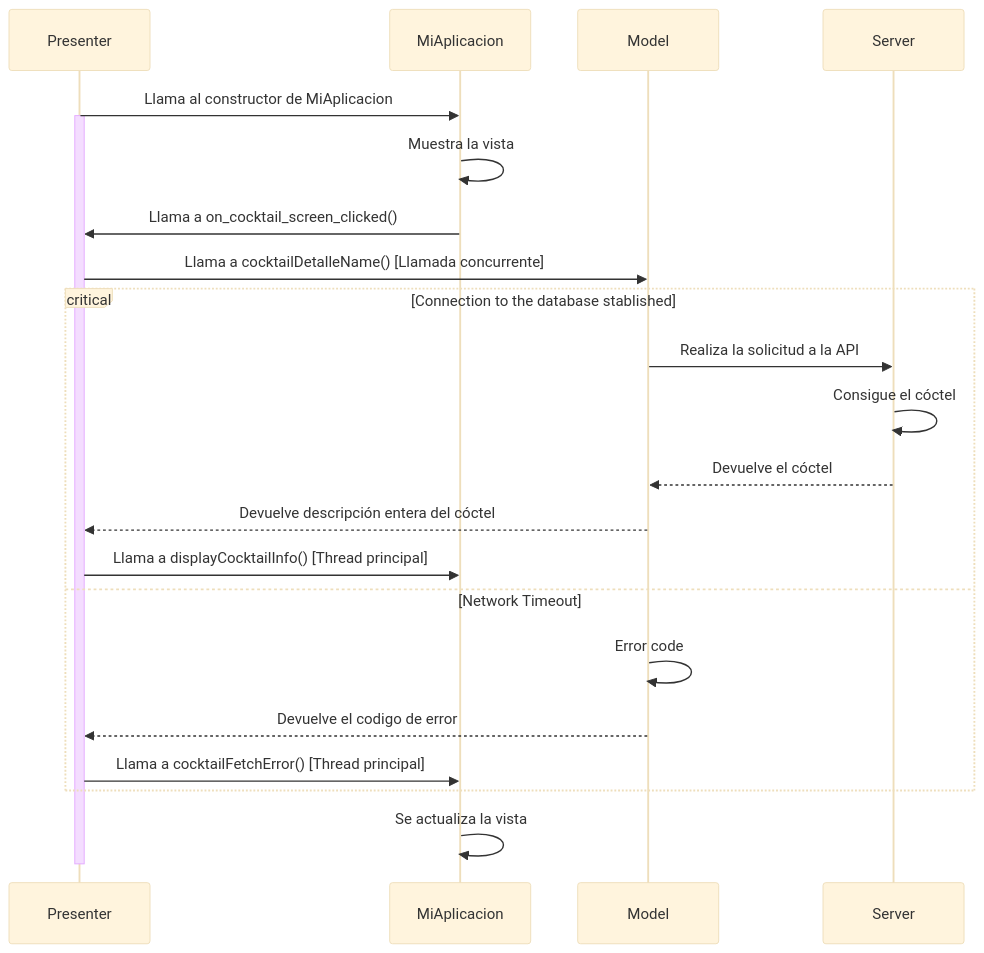
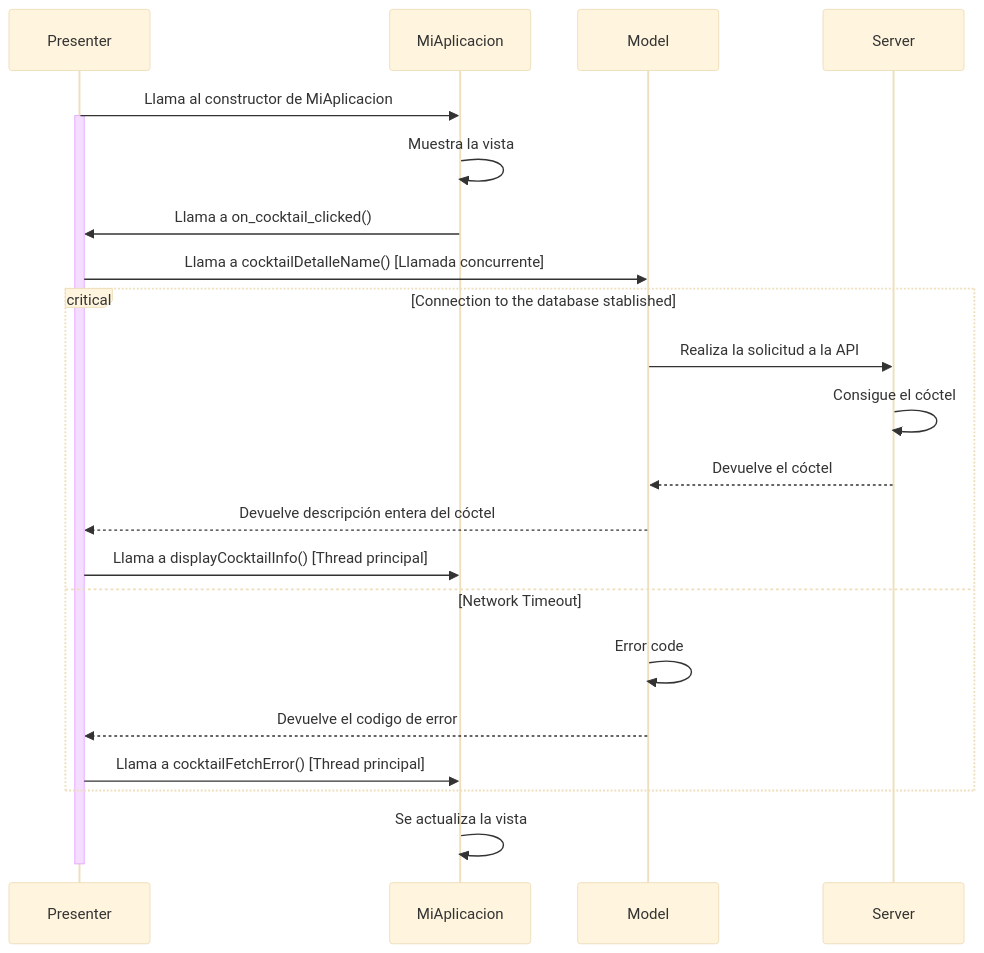
Before and after one commit to braisf03/IPM: the second of 7 diagrams in Desktop/diseño_sw.md, drawn with Mermaid (base theme).

````diff
--- a/Desktop/diseño_sw.md
+++ b/Desktop/diseño_sw.md
@@ -91,33 +91,33 @@
 ```mermaid
 sequenceDiagram
 
 #--------------Definiciones de actores--------------#
     participant Presenter as Presenter
     participant MiAplicacion as MiAplicacion
     participant Model as Model
     participant Server as Server
 
 #--------------Inicio de la aplicación--------------#
     Presenter->>MiAplicacion: Llama al constructor de MiAplicacion
     activate Presenter
     MiAplicacion->>MiAplicacion: Muestra la vista
-    MiAplicacion->>Presenter: Llama a on_cocktail_screen_clicked()
+    MiAplicacion->>Presenter: Llama a on_cocktail_clicked()
     Presenter->>Model: Llama a cocktailDetalleName() [Llamada concurrente]
 
 #-------------Accesos a la base de datos------------#        
     critical Connection to the database stablished
         Model->>Server: Realiza la solicitud a la API
         Server->>Server: Consigue el cóctel
         Server-->>Model: Devuelve el cóctel
         Model-->>Presenter: Devuelve descripción entera del cóctel
         Presenter->>MiAplicacion: Llama a displayCocktailInfo() [Thread principal]
     option Network Timeout
             Model->>Model: Error code
             Model-->>Presenter: Devuelve el codigo de error
             Presenter->>MiAplicacion: Llama a cocktailFetchError() [Thread principal]
     end
    
     MiAplicacion->> MiAplicacion : Se actualiza la vista
     deactivate Presenter
 
 ```
````
